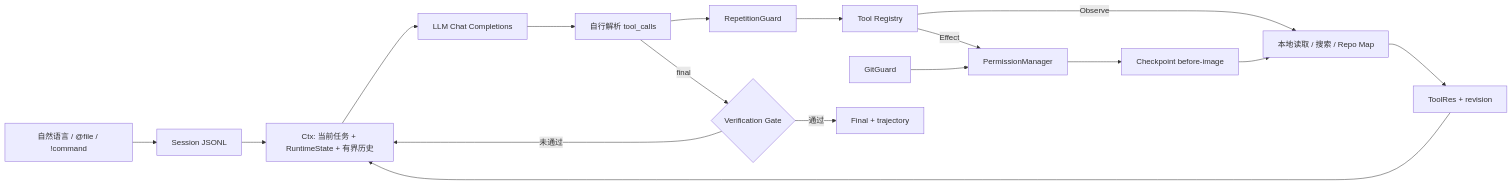
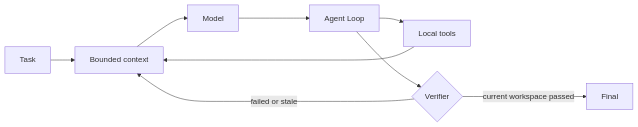
The diagram in README.md (ashokhaldar924-dev/zxn-coding-agent), drawn with Mermaid before and after one commit. The commit also changed other lines of this file and 23 other files, not shown here.

Commit message:
feat: harden workspace-aware agent runtime

````diff
--- a/README.md
+++ b/README.md
@@ -85,19 +70,11 @@
 ```mermaid
 flowchart LR
-    U[自然语言 / @file / !command] --> S[Session JSONL]
-    S --> C[Ctx: 当前任务 + RuntimeState + 有界历史]
-    C --> L[LLM Chat Completions]
-    L --> P[自行解析 tool_calls]
-    P --> R[RepetitionGuard]
-    R --> T[Tool Registry]
-    T -->|Observe| X[本地读取 / 搜索 / Repo Map]
-    T -->|Effect| M[PermissionManager]
-    G[GitGuard] --> M
-    M --> K[Checkpoint before-image]
-    K --> X
-    X --> O[ToolRes + revision]
-    O --> C
-    P -->|final| V{Verification Gate}
-    V -->|通过| F[Final + trajectory]
-    V -->|未通过| C
+    U[Task] --> C[Bounded context]
+    C --> M[Model]
+    M --> A[Agent Loop]
+    A --> T[Local tools]
+    T --> C
+    A --> V{Verifier}
+    V -->|failed or stale| C
+    V -->|current workspace passed| F[Final]
 ```
````
